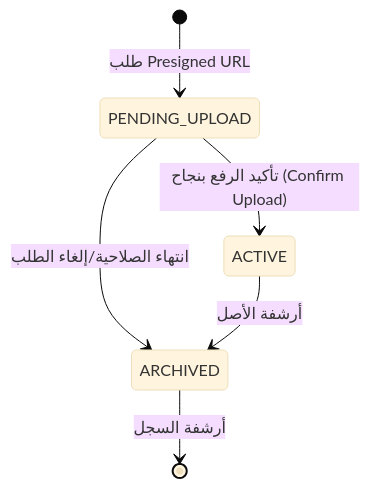
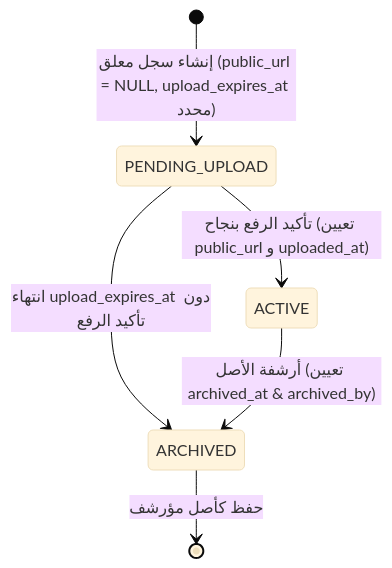
The third of 5 diagrams in docs/database/DATA-LIFECYCLE.md (Eissaali11/maywebeissa), drawn with Mermaid (base theme) before and after one commit. The commit also changed other lines of this file and 2 other files, not shown here.

Commit message:
docs(db): apply COO integrity corrections — media upload lifecycle consistency, check constraints, single cover partial indexes, no redundant indexes, HMAC-SHA256, pgcrypto, single-admin guard

````diff
--- a/docs/database/DATA-LIFECYCLE.md
+++ b/docs/database/DATA-LIFECYCLE.md
@@ -68,8 +63,8 @@
 ```mermaid
 stateDiagram-v2
-    [*] --> PENDING_UPLOAD : طلب Presigned URL
-    PENDING_UPLOAD --> ACTIVE : تأكيد الرفع بنجاح (Confirm Upload)
-    PENDING_UPLOAD --> ARCHIVED : انتهاء الصلاحية/إلغاء الطلب
-    ACTIVE --> ARCHIVED : أرشفة الأصل
-    ARCHIVED --> [*] : أرشفة السجل
+    [*] --> PENDING_UPLOAD : إنشاء سجل معلق (public_url = NULL, upload_expires_at محدد)
+    PENDING_UPLOAD --> ACTIVE : تأكيد الرفع بنجاح (تعيين public_url و uploaded_at)
+    PENDING_UPLOAD --> ARCHIVED : انتهاء upload_expires_at دون تأكيد الرفع
+    ACTIVE --> ARCHIVED : أرشفة الأصل (تعيين archived_at & archived_by)
+    ARCHIVED --> [*] : حفظ كأصل مؤرشف
 ```
````
